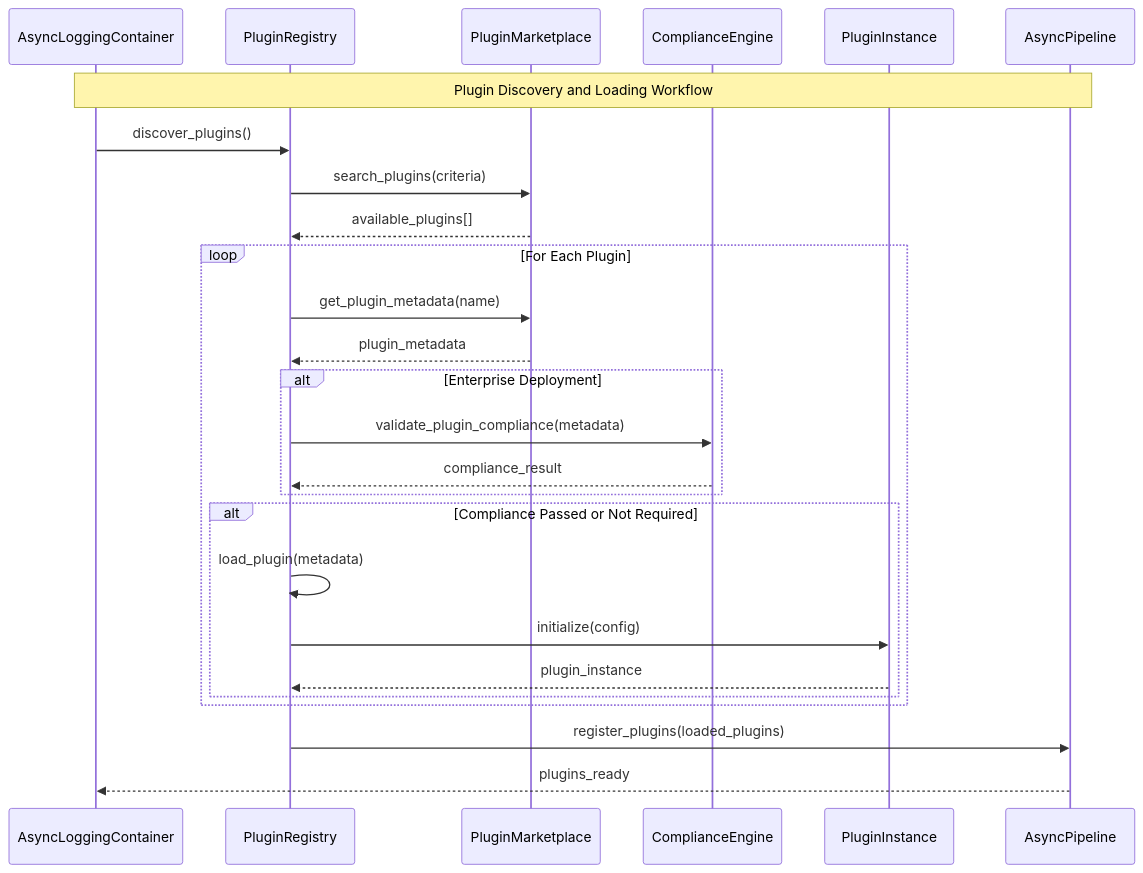
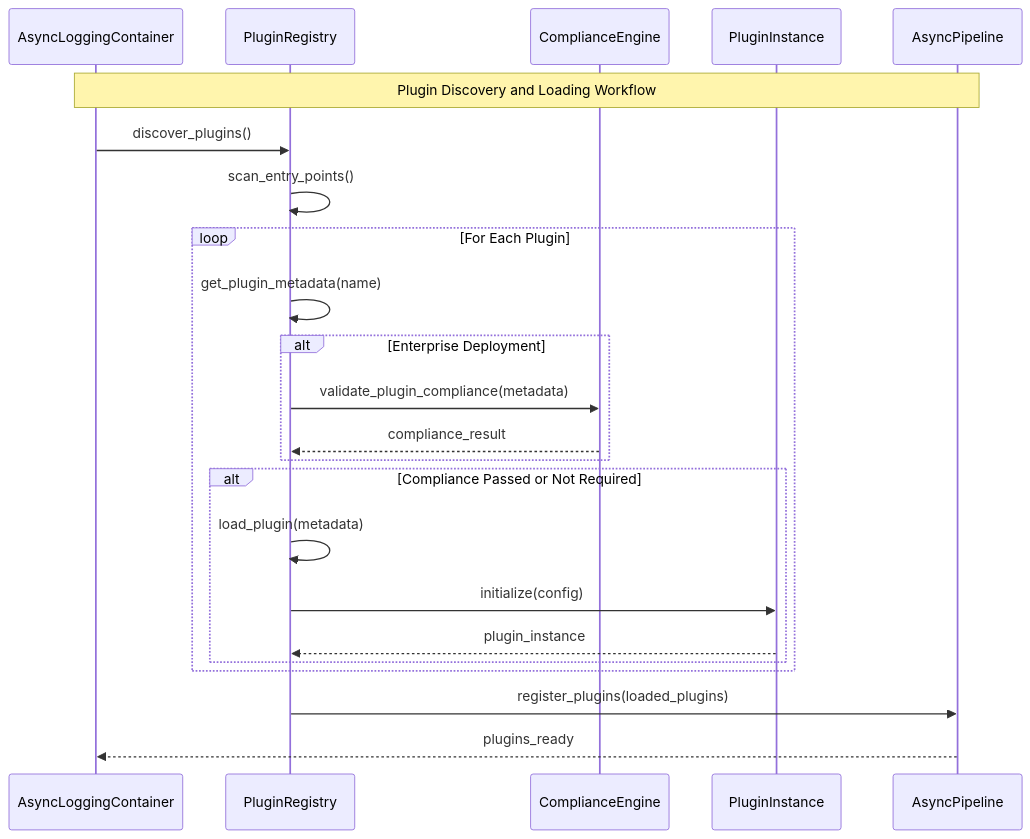
One commit to chris-haste/fapilog changed the second of 5 diagrams in docs/architecture/core-workflows.md. Above: the diagram before and after it, drawn with Mermaid. The commit also changed 24 other files, not shown here.

````diff
--- a/docs/architecture/core-workflows.md
+++ b/docs/architecture/core-workflows.md
@@ -55,34 +55,31 @@
 ```mermaid
 sequenceDiagram
     participant Container as AsyncLoggingContainer
     participant Registry as PluginRegistry
-    participant Marketplace as PluginMarketplace
     participant Compliance as ComplianceEngine
     participant Plugin as PluginInstance
     participant Pipeline as AsyncPipeline
 
     Note over Container, Pipeline: Plugin Discovery and Loading Workflow
 
     Container->>Registry: discover_plugins()
-    Registry->>Marketplace: search_plugins(criteria)
-    Marketplace-->>Registry: available_plugins[]
+    Registry->>Registry: scan_entry_points()
 
     loop For Each Plugin
-        Registry->>Marketplace: get_plugin_metadata(name)
-        Marketplace-->>Registry: plugin_metadata
+        Registry->>Registry: get_plugin_metadata(name)
 
         alt Enterprise Deployment
             Registry->>Compliance: validate_plugin_compliance(metadata)
             Compliance-->>Registry: compliance_result
         end
 
         alt Compliance Passed or Not Required
             Registry->>Registry: load_plugin(metadata)
             Registry->>Plugin: initialize(config)
             Plugin-->>Registry: plugin_instance
         end
     end
 
     Registry->>Pipeline: register_plugins(loaded_plugins)
     Pipeline-->>Container: plugins_ready
 ```
````
